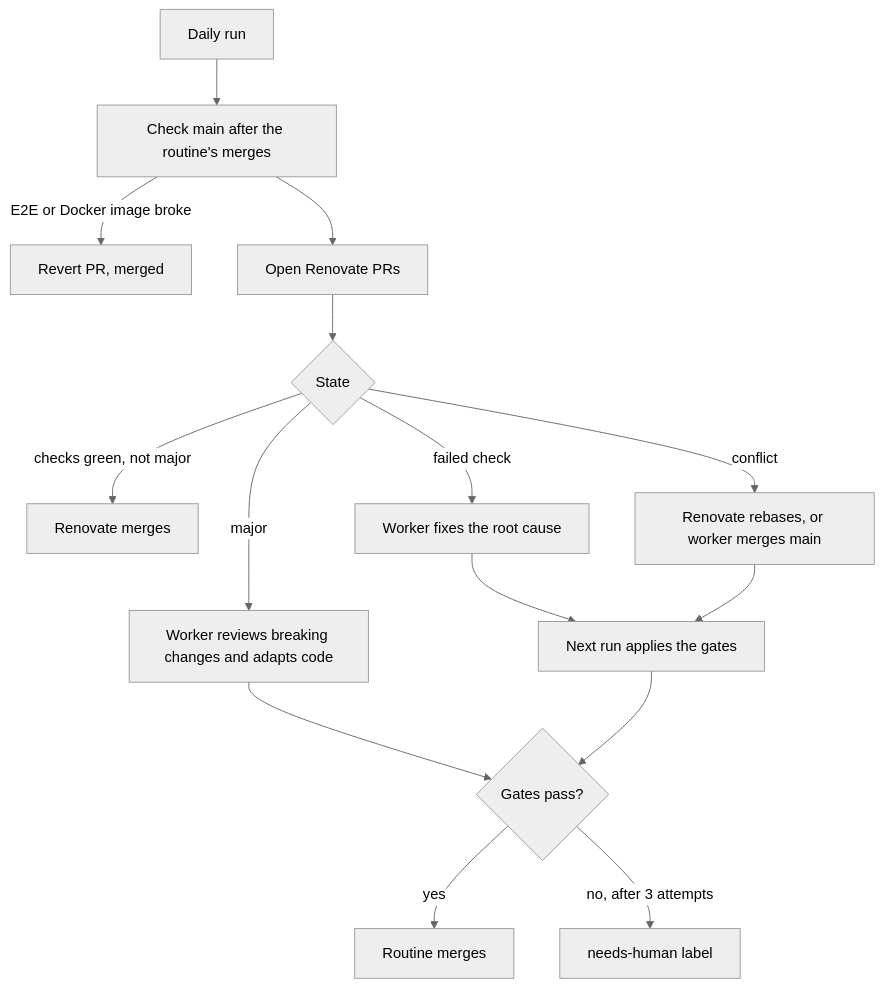
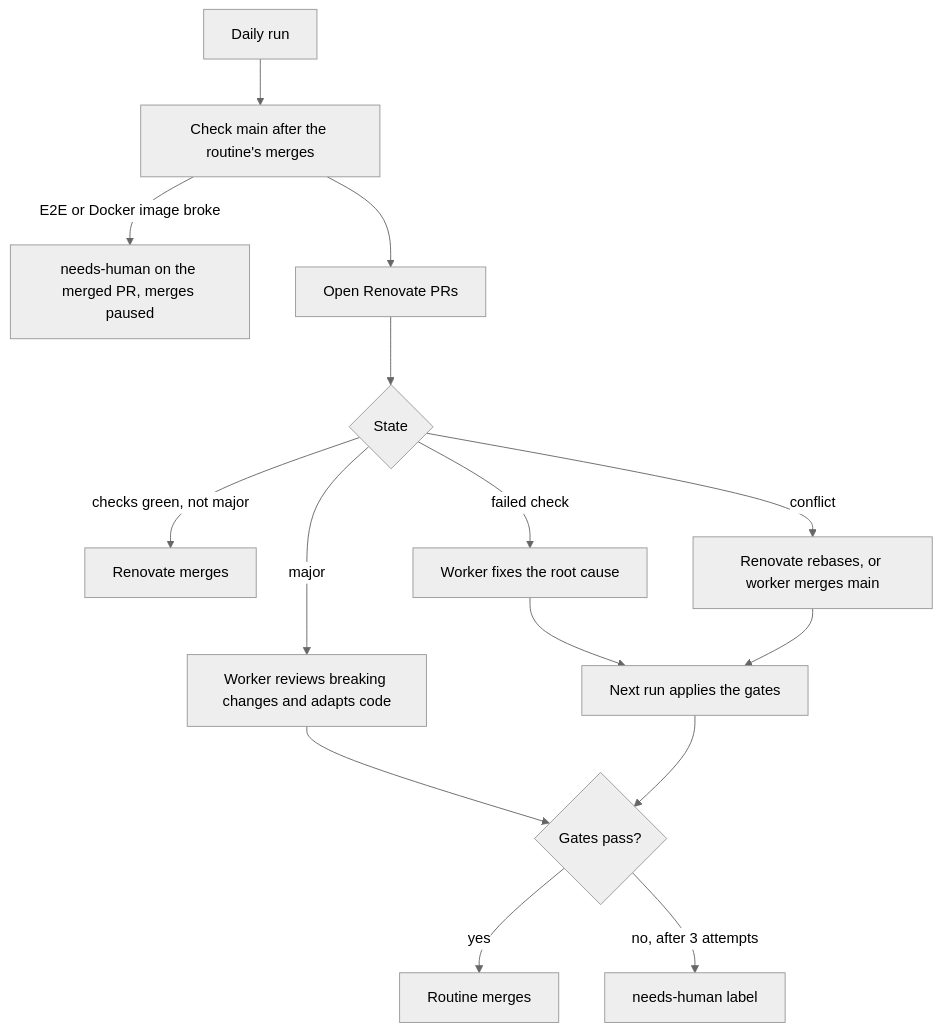
Before and after one commit to syudead/vv: the second of 2 diagrams in docs/how-to/dependency-updates.md, drawn with Mermaid (neutral theme). The commit also changed other lines of this file and 2 other files, not shown here.

First line of the commit message:
docs(skills): report a Renovate merge that broke main instead of reverting it

````diff
--- a/docs/how-to/dependency-updates.md
+++ b/docs/how-to/dependency-updates.md
@@ -110,17 +110,17 @@
 ```mermaid
 flowchart TD
   start[Daily run] --> watch[Check main after the routine's merges]
-  watch -->|E2E or Docker image broke| revert[Revert PR, merged]
+  watch -->|E2E or Docker image broke| broken[needs-human on the merged PR, merges paused]
   watch --> list[Open Renovate PRs]
   list --> kind{State}
   kind -->|checks green, not major| skip[Renovate merges]
   kind -->|conflict| rebase[Renovate rebases, or worker merges main]
   kind -->|failed check| fix[Worker fixes the root cause]
   kind -->|major| review[Worker reviews breaking changes and adapts code]
   fix --> next[Next run applies the gates]
   rebase --> next
   review --> gate{Gates pass?}
   next --> gate
   gate -->|yes| merge[Routine merges]
   gate -->|no, after 3 attempts| human[needs-human label]
 ```
````
